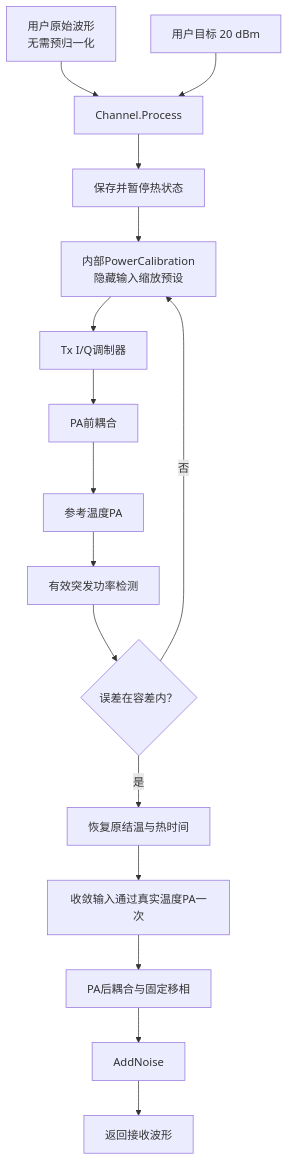
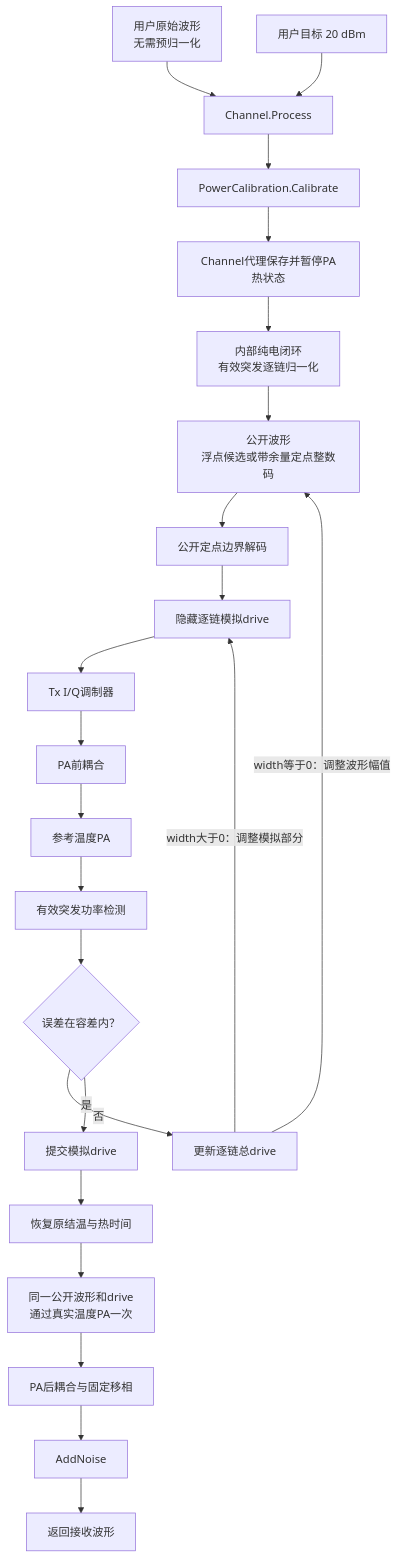
Before and after one commit to niyilu45/DPD_ILC: the eighth of 9 diagrams in doc/Channel.md, drawn with Mermaid. The commit also changed other lines of this file and 15 other files, not shown here.

````diff
--- a/doc/Channel.md
+++ b/doc/Channel.md
@@ -1848,18 +2099,25 @@
 ```mermaid
 flowchart TD
     original["用户原始波形<br/>无需预归一化"] --> process["Channel.Process"]
     target["用户目标 20 dBm"] --> process
-    process --> suspend["保存并暂停热状态"]
-    suspend --> calibration["内部PowerCalibration<br/>隐藏输入缩放预设"]
-    calibration --> txIq["Tx I/Q调制器"]
+    process --> calibrate["PowerCalibration.Calibrate"]
+    calibrate --> suspend["Channel代理保存并暂停PA热状态"]
+    suspend --> normalize["内部纯电闭环<br/>有效突发逐链归一化"]
+    normalize --> publicWave["公开波形<br/>浮点候选或带余量定点整数码"]
+    publicWave --> decode["公开定点边界解码"]
+    decode --> analogDrive["隐藏逐链模拟drive"]
+    analogDrive --> txIq["Tx I/Q调制器"]
     txIq --> preCoupling["PA前耦合"]
     preCoupling --> pa["参考温度PA"]
     pa --> detector["有效突发功率检测"]
     detector --> decision{"误差在容差内？"}
-    decision -->|否| calibration
-    decision -->|是| restore["恢复原结温与热时间"]
-    restore --> livePa["收敛输入通过真实温度PA一次"]
+    decision -->|否| update["更新逐链总drive"]
+    update -->|width等于0：调整波形幅值| publicWave
+    update -->|width大于0：调整模拟部分| analogDrive
+    decision -->|是| commit["提交模拟drive"]
+    commit --> restore["恢复原结温与热时间"]
+    restore --> livePa["同一公开波形和drive<br/>通过真实温度PA一次"]
     livePa --> phase["PA后耦合与固定移相"]
     phase --> noise["AddNoise"]
     noise --> receiver["返回接收波形"]
 ```
````
